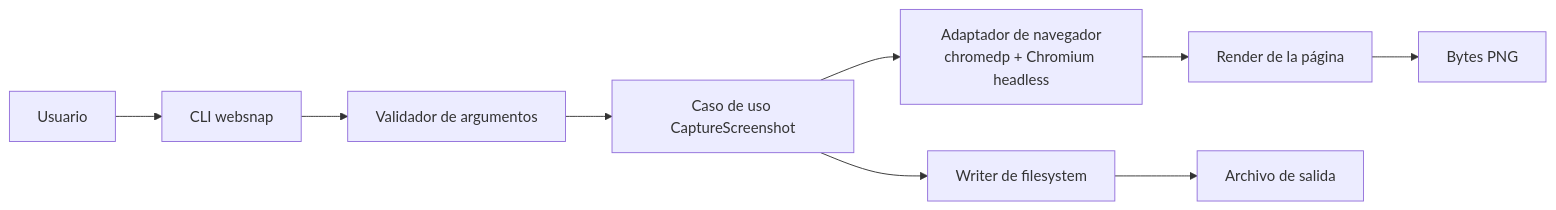
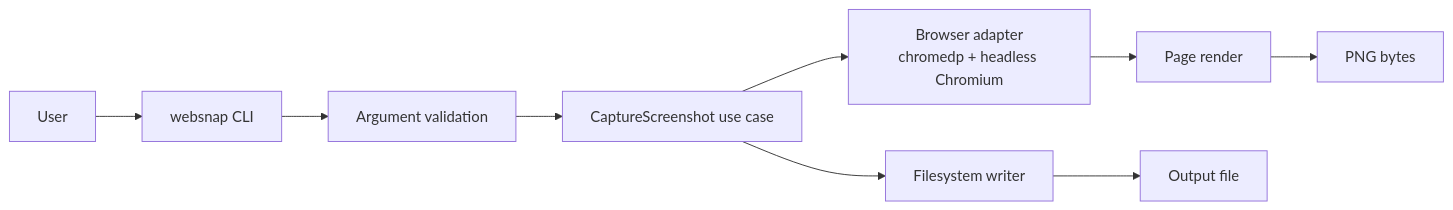
One commit to ai-cain/websnap changed the first of 2 diagrams in docs/ARCHITECTURE.md. Above: the diagram before and after it, drawn with Mermaid. The commit also changed other lines of this file and 3 other files, not shown here.

Commit message:
docs: align proposal roadmap and architecture

````diff
--- a/docs/ARCHITECTURE.md
+++ b/docs/ARCHITECTURE.md
@@ -19,11 +19,11 @@
 ```mermaid
 flowchart LR
-    U[Usuario] --> C[CLI websnap]
-    C --> V[Validador de argumentos]
-    V --> S[Caso de uso CaptureScreenshot]
-    S --> B[Adaptador de navegador<br/>chromedp + Chromium headless]
-    B --> R[Render de la página]
-    R --> I[Bytes PNG]
-    S --> F[Writer de filesystem]
-    F --> O[Archivo de salida]
+    U[User] --> C[websnap CLI]
+    C --> V[Argument validation]
+    V --> S[CaptureScreenshot use case]
+    S --> B[Browser adapter<br/>chromedp + headless Chromium]
+    B --> R[Page render]
+    R --> I[PNG bytes]
+    S --> F[Filesystem writer]
+    F --> O[Output file]
 ```
````
